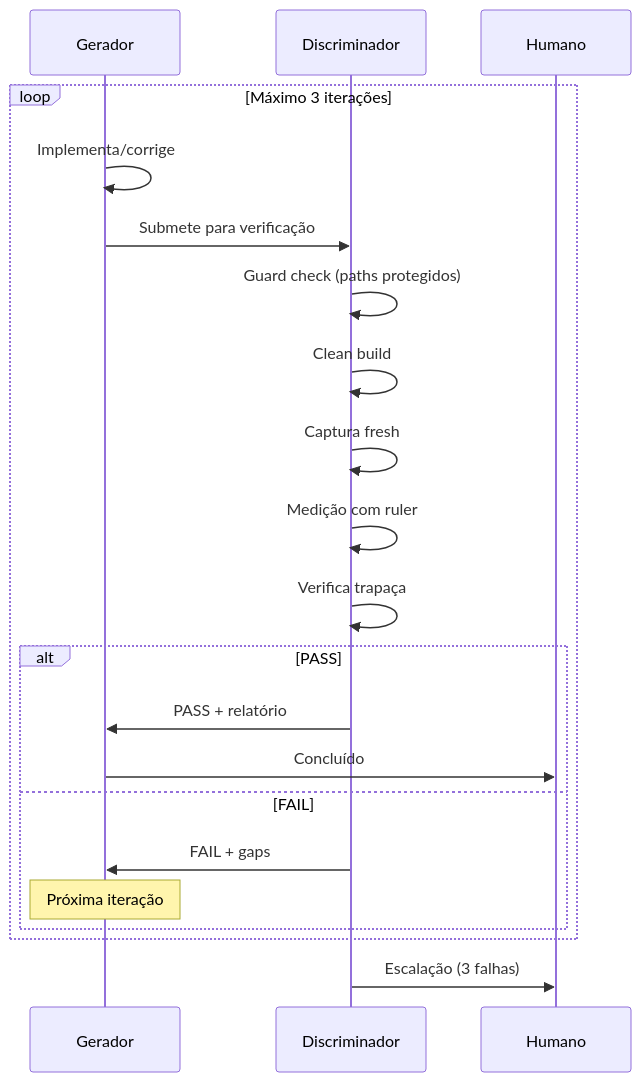
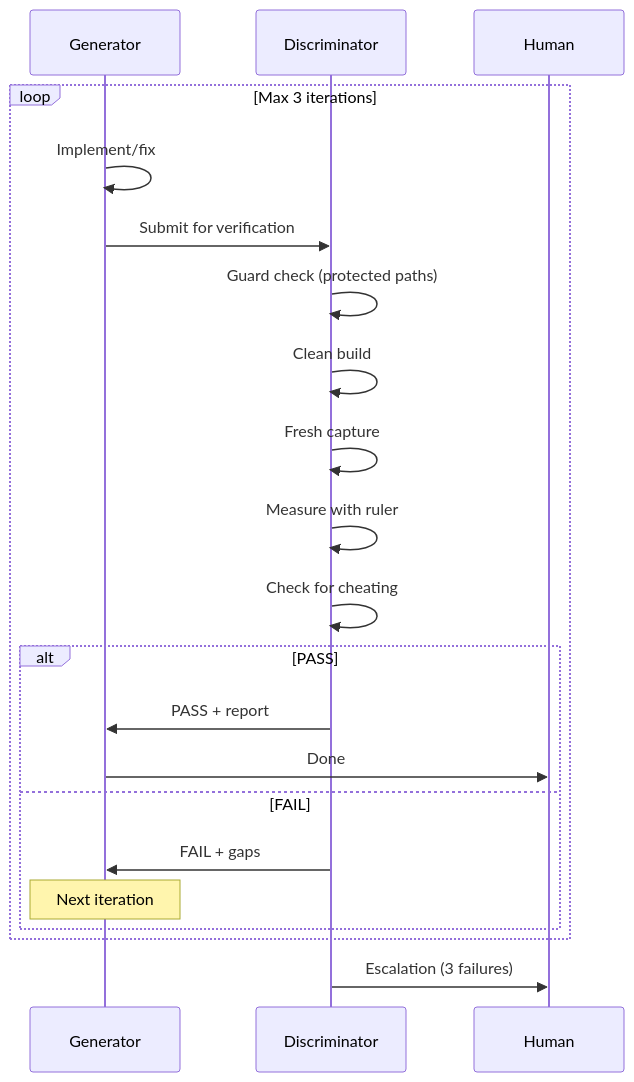
Before and after one commit to leonardo-moraes360/toolbelt: diagram 16 of 17 in docs/arquitetura.md, drawn with Mermaid. The commit also changed other lines of this file and 9 other files, not shown here.

````diff
--- a/docs/arquitetura.md
+++ b/docs/arquitetura.md
@@ -1069,26 +1069,26 @@
 ```mermaid
 sequenceDiagram
-    participant G as Gerador
-    participant D as Discriminador
-    participant H as Humano
+    participant G as Generator
+    participant D as Discriminator
+    participant H as Human
 
-    loop Máximo 3 iterações
-        G->>G: Implementa/corrige
-        G->>D: Submete para verificação
-        D->>D: Guard check (paths protegidos)
+    loop Max 3 iterations
+        G->>G: Implement/fix
+        G->>D: Submit for verification
+        D->>D: Guard check (protected paths)
         D->>D: Clean build
-        D->>D: Captura fresh
-        D->>D: Medição com ruler
-        D->>D: Verifica trapaça
+        D->>D: Fresh capture
+        D->>D: Measure with ruler
+        D->>D: Check for cheating
         
         alt PASS
-            D->>G: PASS + relatório
-            G->>H: Concluído
+            D->>G: PASS + report
+            G->>H: Done
         else FAIL
             D->>G: FAIL + gaps
-            Note over G: Próxima iteração
+            Note over G: Next iteration
         end
     end
     
-    D->>H: Escalação (3 falhas)
+    D->>H: Escalation (3 failures)
 ```
````
